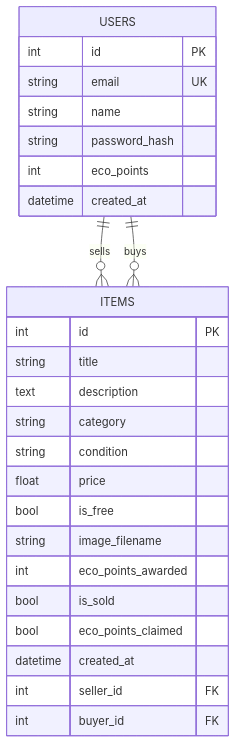
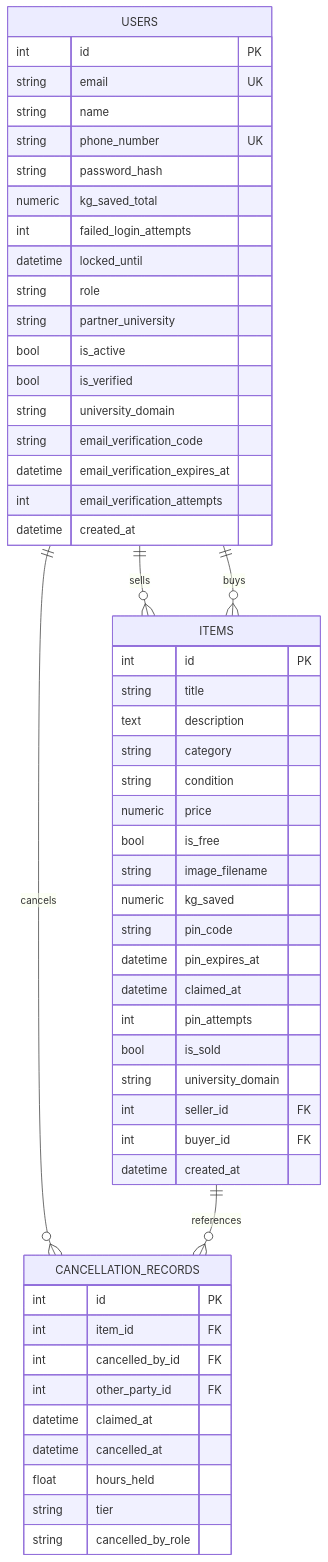
One commit to YousefAliUK/Reuni changed the third of 3 diagrams in product_specification.md. Above: the diagram before and after it, drawn with Mermaid. The commit also changed other lines of this file and 50 other files, not shown here.

````diff
--- a/product_specification.md
+++ b/product_specification.md
@@ -568,29 +634,57 @@
 ```mermaid
 erDiagram
     USERS {
         int id PK
         string email UK
         string name
+        string phone_number UK
         string password_hash
-        int eco_points
+        numeric kg_saved_total
+        int failed_login_attempts
+        datetime locked_until
+        string role
+        string partner_university
+        bool is_active
+        bool is_verified
+        string university_domain
+        string email_verification_code
+        datetime email_verification_expires_at
+        int email_verification_attempts
         datetime created_at
     }
     ITEMS {
         int id PK
         string title
         text description
         string category
         string condition
-        float price
+        numeric price
         bool is_free
         string image_filename
-        int eco_points_awarded
+        numeric kg_saved
+        string pin_code
+        datetime pin_expires_at
+        datetime claimed_at
+        int pin_attempts
         bool is_sold
-        bool eco_points_claimed
-        datetime created_at
+        string university_domain
         int seller_id FK
         int buyer_id FK
+        datetime created_at
+    }
+    CANCELLATION_RECORDS {
+        int id PK
+        int item_id FK
+        int cancelled_by_id FK
+        int other_party_id FK
+        datetime claimed_at
+        datetime cancelled_at
+        float hours_held
+        string tier
+        string cancelled_by_role
     }
     USERS ||--o{ ITEMS : sells
     USERS ||--o{ ITEMS : buys
+    USERS ||--o{ CANCELLATION_RECORDS : cancels
+    ITEMS ||--o{ CANCELLATION_RECORDS : references
 ```
````
